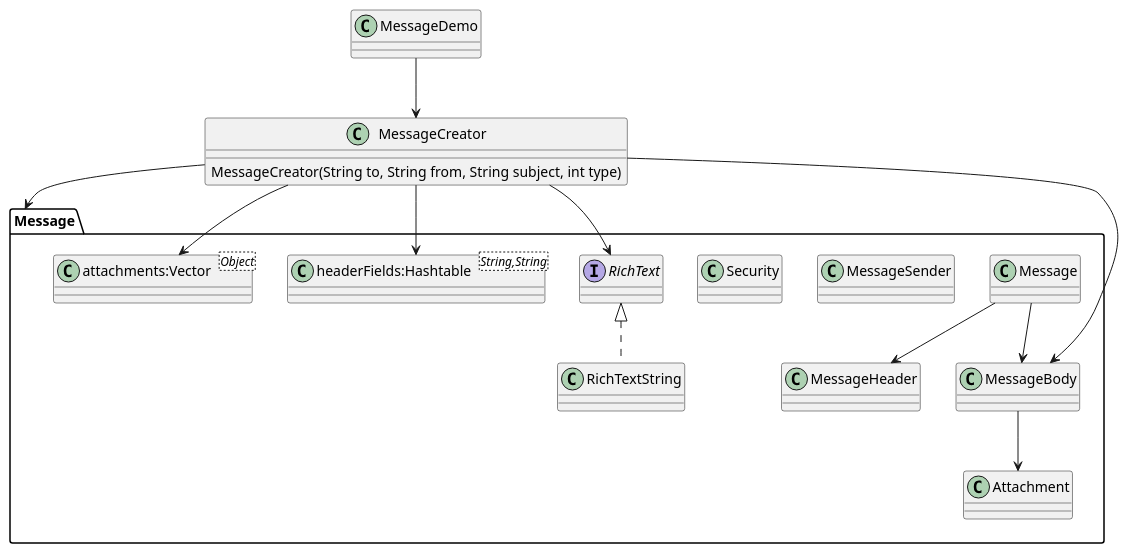
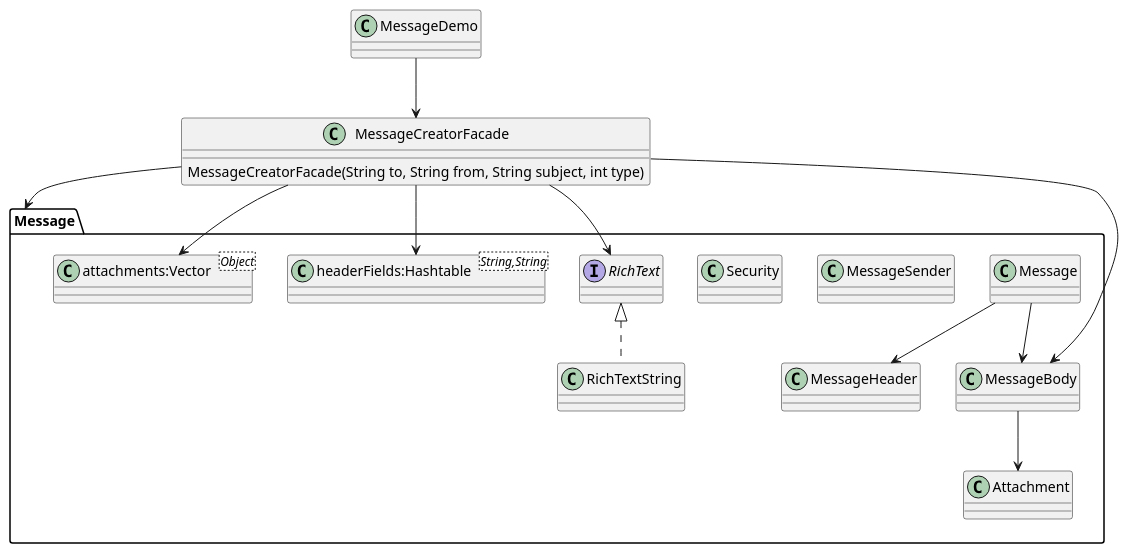
Before and after one commit to yvanross/LOG121-GOF-exemples: the diagram in src/main/java/Facade/Message/README.md, drawn with PlantUML. The commit also changed 8 other files, not shown here.

````diff
--- a/src/main/java/Facade/Message/README.md
+++ b/src/main/java/Facade/Message/README.md
@@ -3,34 +3,34 @@
 ```plantuml
 @startuml
 skinparam style strict7
 package Message {
 class Attachment 
 class Message 
 class MessageBody
 class MessageHeader
 class MessageSender 
 class Security
 interface RichText
 class RichTextString implements RichText 
 
 class "headerFields:Hashtable<String,String>" AS headerFields
 class "attachments:Vector<Object>" as attachments
 
 Message --> MessageHeader
 Message --> MessageBody
 MessageBody --> Attachment
 }
 
-class MessageCreator {
-  MessageCreator(String to, String from, String subject, int type)
+class MessageCreatorFacade {
+  MessageCreatorFacade(String to, String from, String subject, int type)
 }
-MessageCreator --> RichText
-MessageCreator --> attachments
-MessageCreator -down-> MessageBody
-MessageCreator --> Message
-MessageCreator --> headerFields
+MessageCreatorFacade --> RichText
+MessageCreatorFacade --> attachments
+MessageCreatorFacade -down-> MessageBody
+MessageCreatorFacade --> Message
+MessageCreatorFacade --> headerFields
 
-MessageDemo --> MessageCreator
+MessageDemo --> MessageCreatorFacade
 
 @enduml
 ```
````
